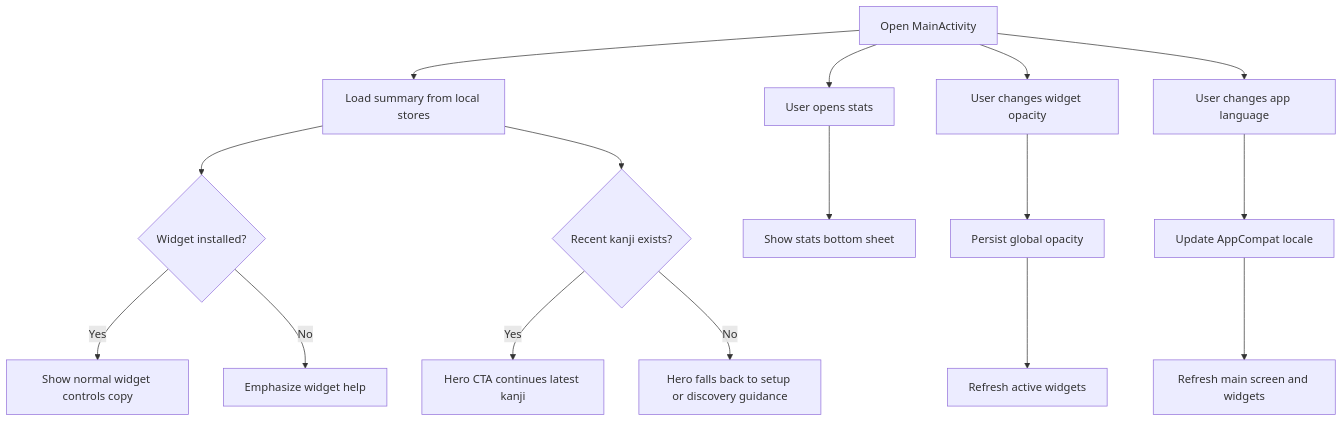
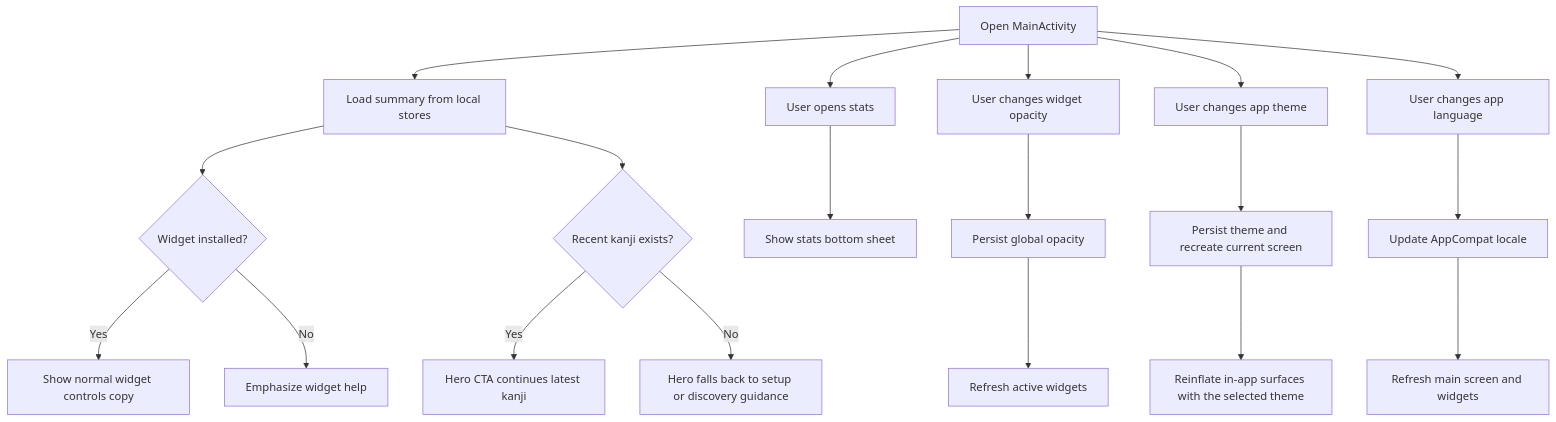
One commit to 2zcory/kanji-widget changed the diagram in docs/detail-design/main-screen.md. Above: the diagram before and after it, drawn with Mermaid. The commit also changed other lines of this file and 40 other files, not shown here.

Commit message:
Add app-wide glass theme settings

````diff
--- a/docs/detail-design/main-screen.md
+++ b/docs/detail-design/main-screen.md
@@ -175,18 +196,21 @@
 ```mermaid
 flowchart TD
     A[Open MainActivity] --> B[Load summary from local stores]
     B --> C{Widget installed?}
     C -- Yes --> D[Show normal widget controls copy]
     C -- No --> E[Emphasize widget help]
     B --> F{Recent kanji exists?}
     F -- Yes --> G[Hero CTA continues latest kanji]
     F -- No --> H[Hero falls back to setup or discovery guidance]
     A --> I[User opens stats]
     I --> J[Show stats bottom sheet]
     A --> K[User changes widget opacity]
     K --> L[Persist global opacity]
     L --> M[Refresh active widgets]
-    A --> N[User changes app language]
-    N --> O[Update AppCompat locale]
-    O --> P[Refresh main screen and widgets]
+    A --> N[User changes app theme]
+    N --> O[Persist theme and recreate current screen]
+    O --> P[Reinflate in-app surfaces with the selected theme]
+    A --> Q[User changes app language]
+    Q --> R[Update AppCompat locale]
+    R --> S[Refresh main screen and widgets]
 ```
````
